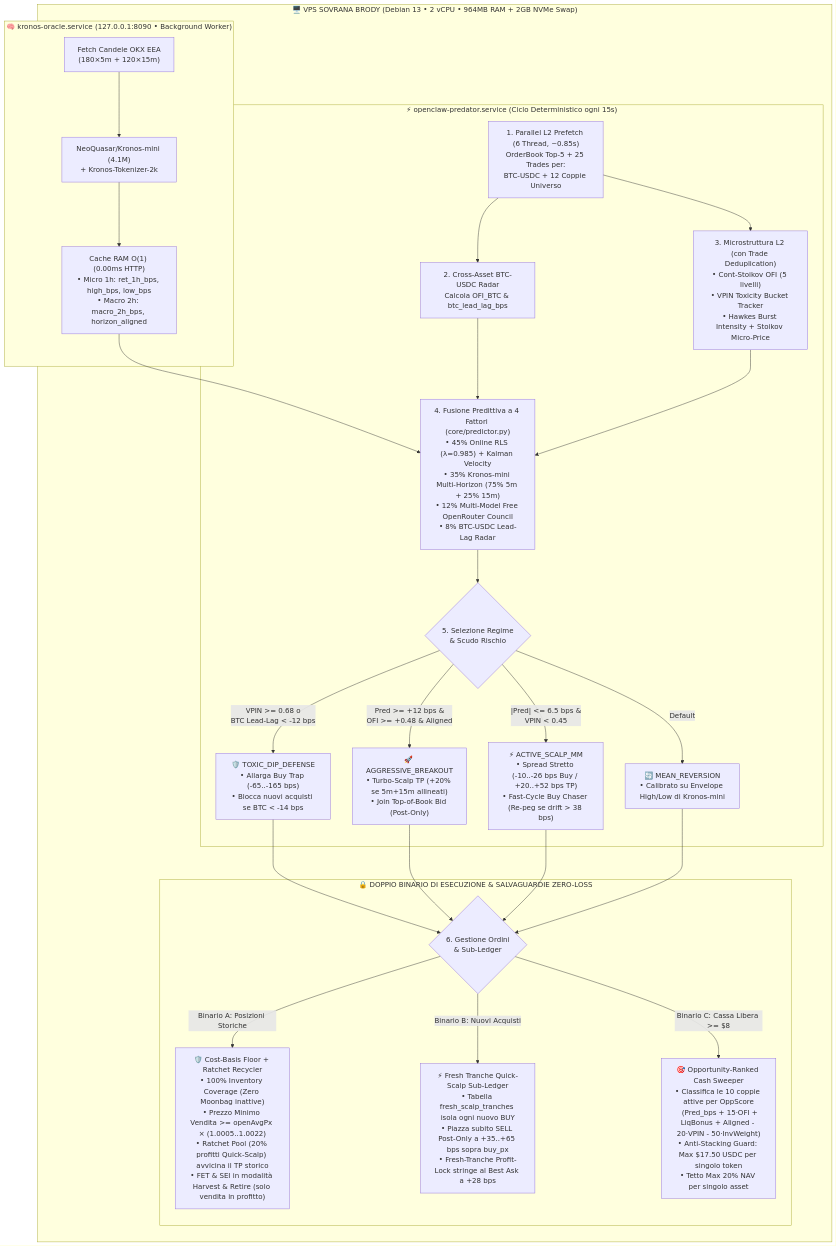
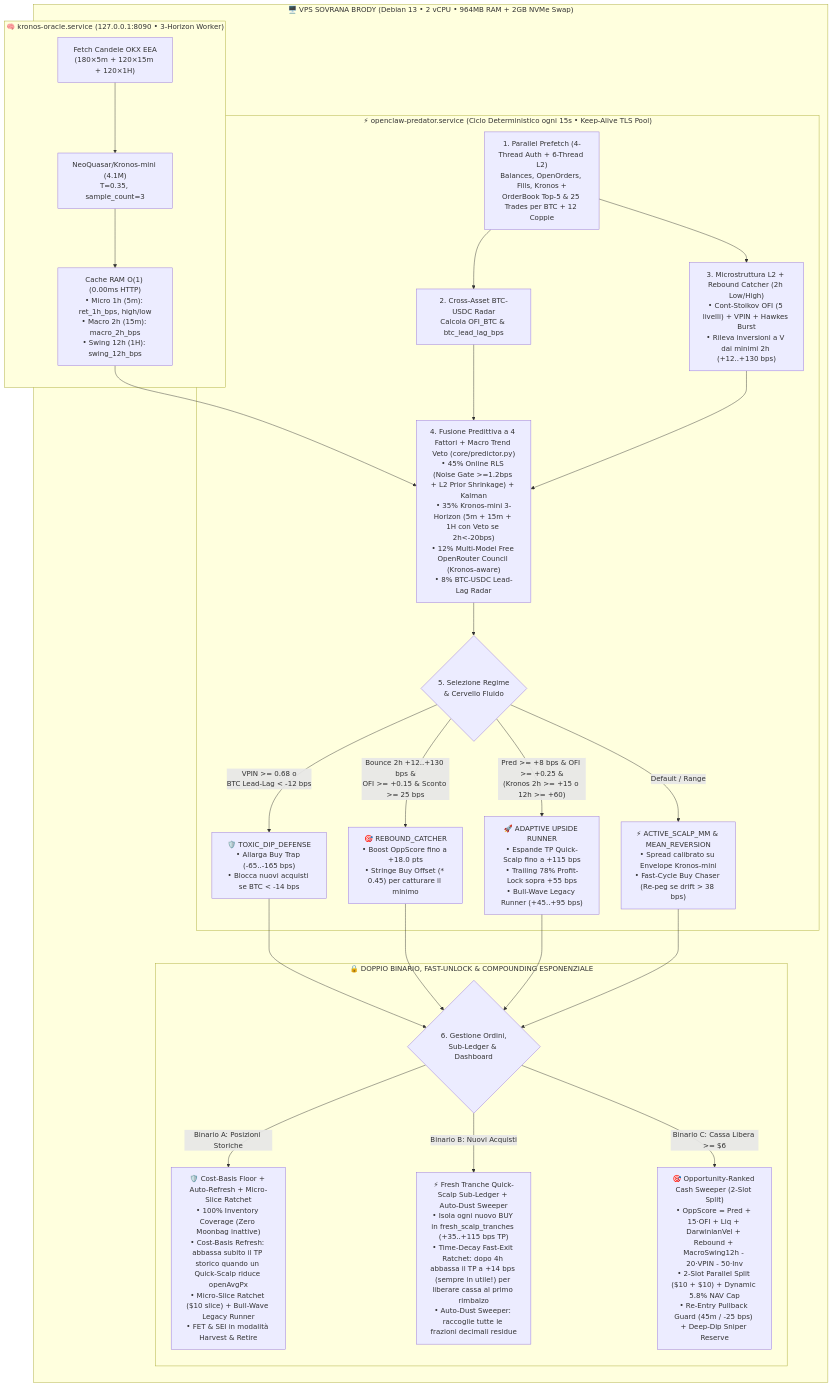
The diagram in README.md (glaucogaribaldi/openclaw-trader), drawn with Mermaid before and after one commit. The commit also changed other lines of this file, not shown here.

Commit message:
docs(v7.7): update README.md architecture and Mermaid decision flowchart to TRE OS v7.7 Fluid Multi-Horizon Brain

````diff
--- a/README.md
+++ b/README.md
@@ -11,39 +11,39 @@
 ```mermaid
 flowchart TD
     subgraph BRODY["🖥️ VPS SOVRANA BRODY (Debian 13 • 2 vCPU • 964MB RAM + 2GB NVMe Swap)"]
         direction TB
         
-        subgraph KRONOS_SVC["🧠 kronos-oracle.service (127.0.0.1:8090 • Background Worker)"]
-            K1["Fetch Candele OKX EEA\n(180×5m + 120×15m)"] --> K2["NeoQuasar/Kronos-mini (4.1M)\n+ Kronos-Tokenizer-2k"]
-            K2 --> K3["Cache RAM O(1) (0.00ms HTTP)\n• Micro 1h: ret_1h_bps, high_bps, low_bps\n• Macro 2h: macro_2h_bps, horizon_aligned"]
+        subgraph KRONOS_SVC["🧠 kronos-oracle.service (127.0.0.1:8090 • 3-Horizon Worker)"]
+            K1["Fetch Candele OKX EEA\n(180×5m + 120×15m + 120×1H)"] --> K2["NeoQuasar/Kronos-mini (4.1M)\nT=0.35, sample_count=3"]
+            K2 --> K3["Cache RAM O(1) (0.00ms HTTP)\n• Micro 1h (5m): ret_1h_bps, high/low\n• Macro 2h (15m): macro_2h_bps\n• Swing 12h (1H): swing_12h_bps"]
         end
 
-        subgraph DAEMON["⚡ openclaw-predator.service (Ciclo Deterministico ogni 15s)"]
-            P1["1. Parallel L2 Prefetch (6 Thread, ~0.85s)\nOrderBook Top-5 + 25 Trades per:\nBTC-USDC + 12 Coppie Universo"]
+        subgraph DAEMON["⚡ openclaw-predator.service (Ciclo Deterministico ogni 15s • Keep-Alive TLS Pool)"]
+            P1["1. Parallel Prefetch (4-Thread Auth + 6-Thread L2)\nBalances, OpenOrders, Fills, Kronos +\nOrderBook Top-5 & 25 Trades per BTC + 12 Coppie"]
             
             P1 --> B_RADAR["2. Cross-Asset BTC-USDC Radar\nCalcola OFI_BTC & btc_lead_lag_bps"]
-            P1 --> MICRO["3. Microstruttura L2 (con Trade Deduplication)\n• Cont-Stoikov OFI (5 livelli)\n• VPIN Toxicity Bucket Tracker\n• Hawkes Burst Intensity + Stoikov Micro-Price"]
+            P1 --> MICRO["3. Microstruttura L2 + Rebound Catcher (2h Low/High)\n• Cont-Stoikov OFI (5 livelli) + VPIN + Hawkes Burst\n• Rileva inversioni a V dai minimi 2h (+12..+130 bps)"]
             
             K3 --> BLEND
             B_RADAR --> BLEND
-            MICRO --> BLEND["4. Fusione Predittiva a 4 Fattori (core/predictor.py)\n• 45% Online RLS (λ=0.985) + Kalman Velocity\n• 35% Kronos-mini Multi-Horizon (75% 5m + 25% 15m)\n• 12% Multi-Model Free OpenRouter Council\n• 8% BTC-USDC Lead-Lag Radar"]
+            MICRO --> BLEND["4. Fusione Predittiva a 4 Fattori + Macro Trend Veto (core/predictor.py)\n• 45% Online RLS (Noise Gate >=1.2bps + L2 Prior Shrinkage) + Kalman\n• 35% Kronos-mini 3-Horizon (5m + 15m + 1H con Veto se 2h<-20bps)\n• 12% Multi-Model Free OpenRouter Council (Kronos-aware)\n• 8% BTC-USDC Lead-Lag Radar"]
 
-            BLEND --> REGIME{"5. Selezione Regime\n& Scudo Rischio"}
+            BLEND --> REGIME{"5. Selezione Regime\n& Cervello Fluido"}
             
             REGIME -->|"VPIN >= 0.68 o\nBTC Lead-Lag < -12 bps"| R_TOXIC["🛡️ TOXIC_DIP_DEFENSE\n• Allarga Buy Trap (-65..-165 bps)\n• Blocca nuovi acquisti se BTC < -14 bps"]
-            REGIME -->|"Pred >= +12 bps &\nOFI >= +0.48 & Aligned"| R_BREAK["🚀 AGGRESSIVE_BREAKOUT\n• Turbo-Scalp TP (+20% se 5m+15m allineati)\n• Join Top-of-Book Bid (Post-Only)"]
-            REGIME -->|"|Pred| <= 6.5 bps &\nVPIN < 0.45"| R_SCALP["⚡ ACTIVE_SCALP_MM\n• Spread Stretto (-10..-26 bps Buy / +20..+52 bps TP)\n• Fast-Cycle Buy Chaser (Re-peg se drift > 38 bps)"]
-            REGIME -->|"Default"| R_MEAN["🔄 MEAN_REVERSION\n• Calibrato su Envelope High/Low di Kronos-mini"]
+            REGIME -->|"Bounce 2h +12..+130 bps &\nOFI >= +0.15 & Sconto >= 25 bps"| R_REB["🎯 REBOUND_CATCHER\n• Boost OppScore fino a +18.0 pts\n• Stringe Buy Offset (* 0.45) per catturare il minimo"]
+            REGIME -->|"Pred >= +8 bps & OFI >= +0.25 &\n(Kronos 2h >= +15 o 12h >= +60)"| R_RUN["🚀 ADAPTIVE UPSIDE RUNNER\n• Espande TP Quick-Scalp fino a +115 bps\n• Trailing 78% Profit-Lock sopra +55 bps\n• Bull-Wave Legacy Runner (+45..+95 bps)"]
+            REGIME -->|"Default / Range"| R_SCALP["⚡ ACTIVE_SCALP_MM & MEAN_REVERSION\n• Spread calibrato su Envelope Kronos-mini\n• Fast-Cycle Buy Chaser (Re-peg se drift > 38 bps)"]
         end
 
-        subgraph EXEC_GUARD["🔒 DOPPIO BINARIO DI ESECUZIONE & SALVAGUARDIE ZERO-LOSS"]
-            R_TOXIC & R_BREAK & R_SCALP & R_MEAN --> DUAL{"6. Gestione Ordini\n& Sub-Ledger"}
+        subgraph EXEC_GUARD["🔒 DOPPIO BINARIO, FAST-UNLOCK & COMPOUNDING ESPONENZIALE"]
+            R_TOXIC & R_REB & R_RUN & R_SCALP --> DUAL{"6. Gestione Ordini,\nSub-Ledger & Dashboard"}
             
-            DUAL -->|"Binario A: Posizioni Storiche"| LEGACY["🛡️ Cost-Basis Floor + Ratchet Recycler\n• 100% Inventory Coverage (Zero Moonbag inattive)\n• Prezzo Minimo Vendita >= openAvgPx × (1.0005..1.0022)\n• Ratchet Pool (20% profitti Quick-Scalp) avvicina il TP storico\n• FET & SEI in modalità Harvest & Retire (solo vendita in profitto)"]
+            DUAL -->|"Binario A: Posizioni Storiche"| LEGACY["🛡️ Cost-Basis Floor + Auto-Refresh + Micro-Slice Ratchet\n• 100% Inventory Coverage (Zero Moonbag inattive)\n• Cost-Basis Refresh: abbassa subito il TP storico quando un Quick-Scalp riduce openAvgPx\n• Micro-Slice Ratchet ($10 slice) + Bull-Wave Legacy Runner\n• FET & SEI in modalità Harvest & Retire"]
             
-            DUAL -->|"Binario B: Nuovi Acquisti"| QUICK["⚡ Fresh Tranche Quick-Scalp Sub-Ledger\n• Tabella fresh_scalp_tranches isola ogni nuovo BUY\n• Piazza subito SELL Post-Only a +35..+65 bps sopra buy_px\n• Fresh-Tranche Profit-Lock stringe al Best Ask a +28 bps"]
+            DUAL -->|"Binario B: Nuovi Acquisti"| QUICK["⚡ Fresh Tranche Quick-Scalp Sub-Ledger + Auto-Dust Sweeper\n• Isola ogni nuovo BUY in fresh_scalp_tranches (+35..+115 bps TP)\n• Time-Decay Fast-Exit Ratchet: dopo 4h abbassa il TP a +14 bps (sempre in utile!) per liberare cassa al primo rimbalzo\n• Auto-Dust Sweeper: raccoglie tutte le frazioni decimali residue"]
             
-            DUAL -->|"Binario C: Cassa Libera >= $8"| SWEEPER["🎯 Opportunity-Ranked Cash Sweeper\n• Classifica le 10 coppie attive per OppScore\n  (Pred_bps + 15·OFI + LiqBonus + Aligned - 20·VPIN - 50·InvWeight)\n• Anti-Stacking Guard: Max $17.50 USDC per singolo token\n• Tetto Max 20% NAV per singolo asset"]
+            DUAL -->|"Binario C: Cassa Libera >= $6"| SWEEPER["🎯 Opportunity-Ranked Cash Sweeper (2-Slot Split)\n• OppScore = Pred + 15·OFI + Liq + DarwinianVel + Rebound + MacroSwing12h - 20·VPIN - 50·Inv\n• 2-Slot Parallel Split ($10 + $10) + Dynamic 5.8% NAV Cap\n• Re-Entry Pullback Guard (45m / -25 bps) + Deep-Dip Sniper Reserve"]
         end
     end
 ```
````
